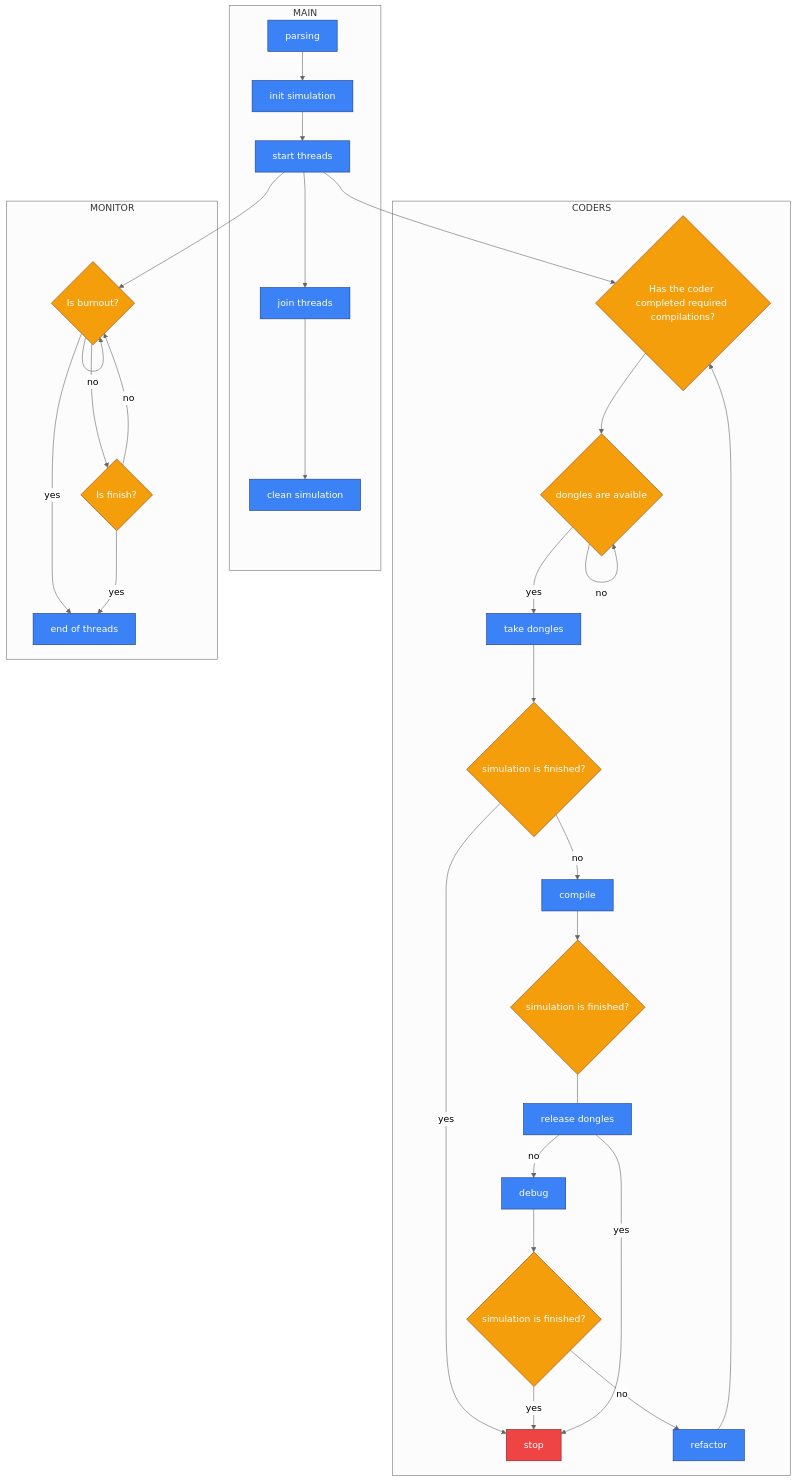
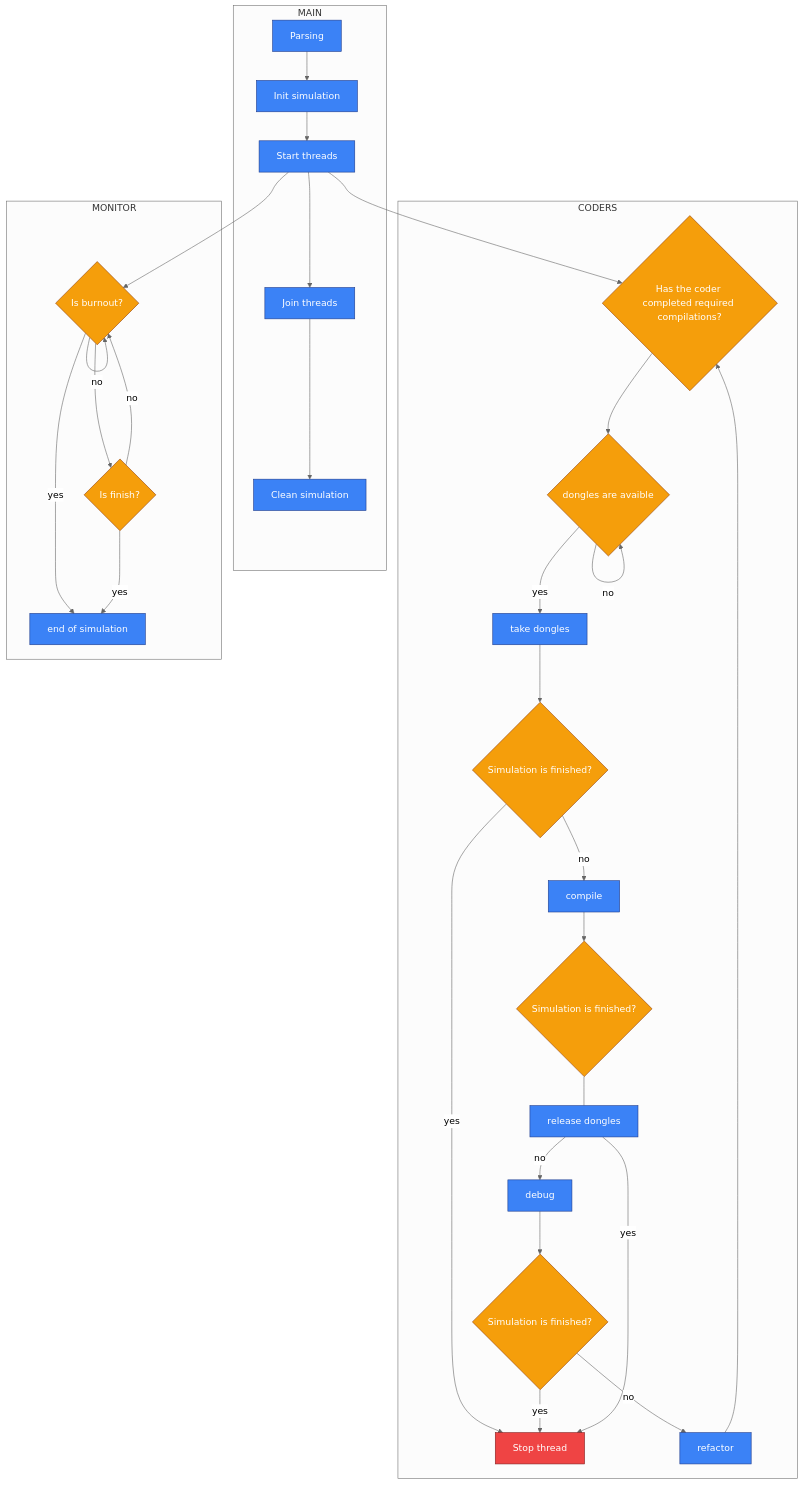
The diagram in README.md (MinePopTheReal/Codexion), drawn with Mermaid (neutral theme) before and after one commit. The commit also changed 2 other files, not shown here.

Commit message:
other minor fix

````diff
--- a/README.md
+++ b/README.md
@@ -77,64 +77,65 @@
 ```mermaid
 flowchart TD
 subgraph MAIN
-B[parsing]
-B --> C[init simulation]
-C --> D[start threads]
-D --> X[join threads]
-X --> Y[clean simulation]
+B[Parsing]
+B --> C[Init simulation]
+C --> D[Start threads]
+D --> X[Join threads]
+X --> Y[Clean simulation]
 end
 
-%% CODE
+%% CODERS
 subgraph CODERS
-H1{simulation is finished?}
-H2{simulation is finished?}
-H3{simulation is finished?}
+H1{Simulation is finished?}
+H2{Simulation is finished?}
+H3{Simulation is finished?}
 
 I{Has the coder completed required compilations?}
 
-Z[stop]
+Z[Stop thread]
 
 J{dongles are avaible}
 K[take dongles]
 L[compile] --> H2
 M[debug] --> H3
 N[refactor] --> I
 O[release dongles]
 
 J --> |no| J
 J --> |yes| K
 
 H2 --- O
 H1 --> |yes| Z
 H3 --> |yes| Z
 H1 --> |no| L
 H3 --> |no| N
 
 O --> |no| M
 O --> |yes| Z
 end
 
 %% MONITOR
 subgraph MONITOR
 D --> R{Is burnout?}
 R --> S{Is finish?}
-R -->|yes| T[end of threads]
+R -->|yes| T[end of simulation]
 S -->|no| R
 R -->|no| R
 S -->|yes| T
 end
 
 %% STYLES
 classDef main fill:#1e1e2f,color:#fff,stroke:#ffffff
 classDef process fill:#3b82f6,color:#fff,stroke:#1e3a8a
 classDef decision fill:#f59e0b,color:#fff,stroke:#92400e
 classDef alert fill:#ef4444,color:#fff,stroke:#7f1d1d
 class A main
 class B,C,D,E,F,G,K,L,M,N,O,P,Q,T,X,Y process
 class H1,H2,H3,I,J,R,S decision
 
 class Z alert
-    D --> I
-    K --> H1
-    I --> J
+
+D --> I
+K --> H1
+I --> J
 ```
````
